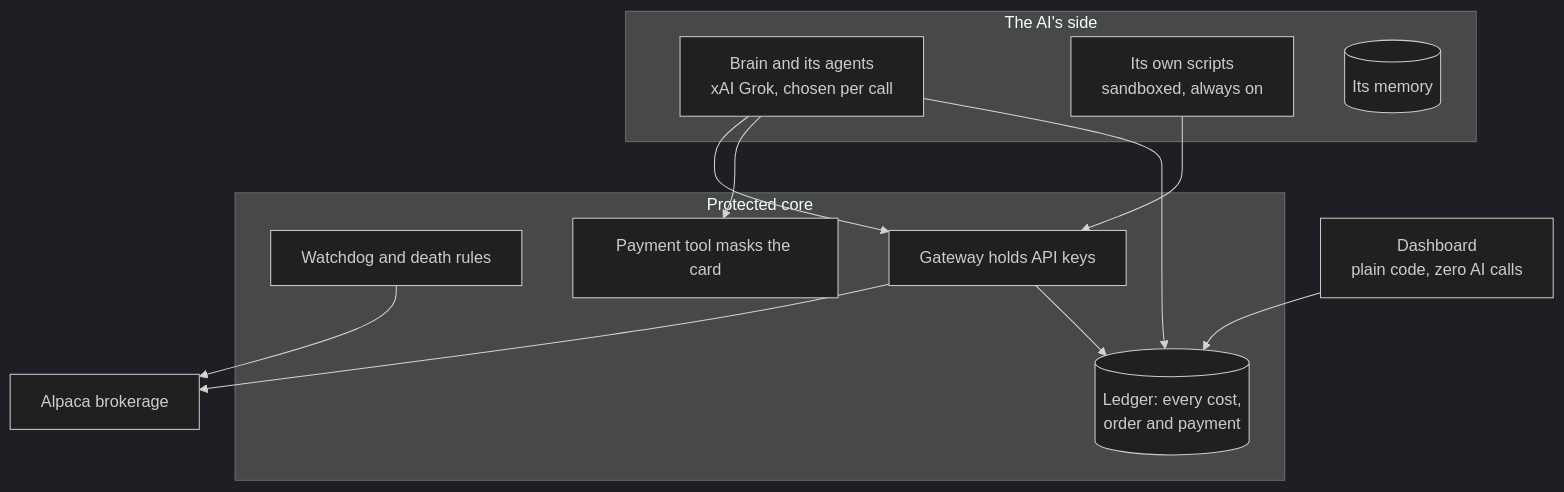
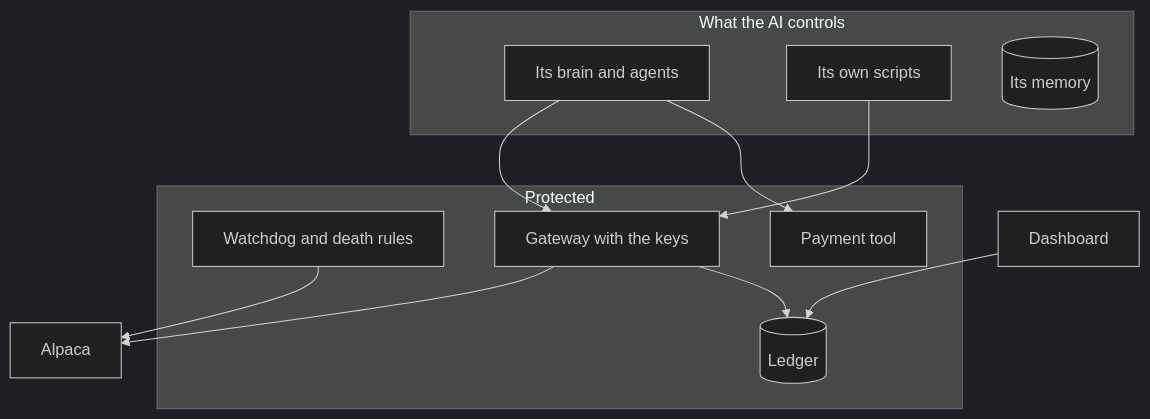
The diagram in README.md (lpesseygirod/survival-council), drawn with Mermaid (dark theme) before and after one commit. The commit also changed other lines of this file, not shown here.

Commit message:
Rewrite README in my own words

````diff
--- a/README.md
+++ b/README.md
@@ -37,22 +31,21 @@
 ```mermaid
 flowchart TB
-    subgraph AI[The AI's side]
-      B[Brain and its agents<br/>xAI Grok, chosen per call]
-      S[Its own scripts<br/>sandboxed, always on]
+    subgraph AI[What the AI controls]
+      B[Its brain and agents]
+      S[Its own scripts]
       Mem[(Its memory)]
     end
-    subgraph P[Protected core]
+    subgraph P[Protected]
       W[Watchdog and death rules]
-      G[Gateway holds API keys]
-      Pay[Payment tool masks the card]
-      L[(Ledger: every cost,<br/>order and payment)]
+      G[Gateway with the keys]
+      Pay[Payment tool]
+      L[(Ledger)]
     end
     B --> G
     S --> G
     B --> Pay
-    G --> A[Alpaca brokerage]
+    G --> A[Alpaca]
     W --> A
-    B --> L
     G --> L
-    D[Dashboard<br/>plain code, zero AI calls] --> L
+    D[Dashboard] --> L
 ```
````
